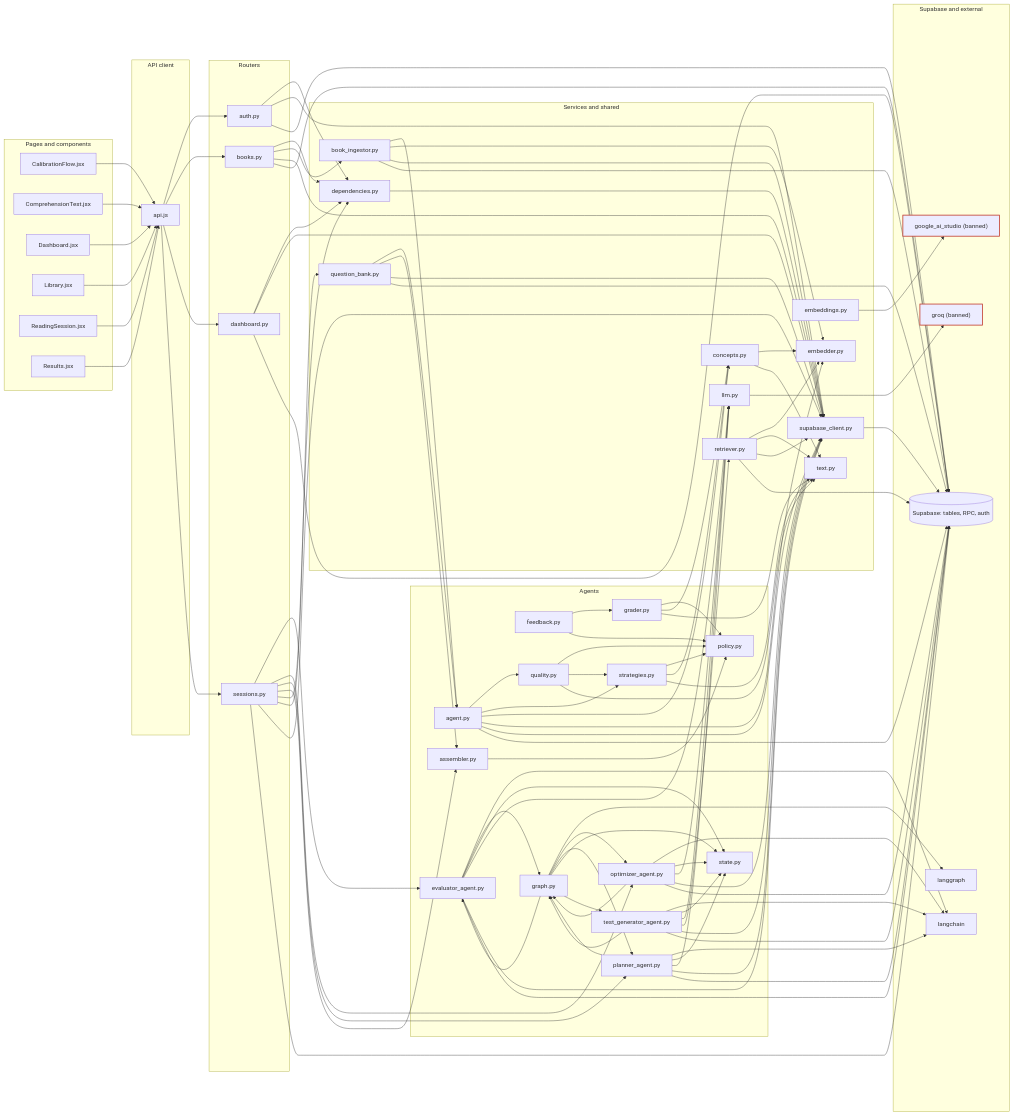
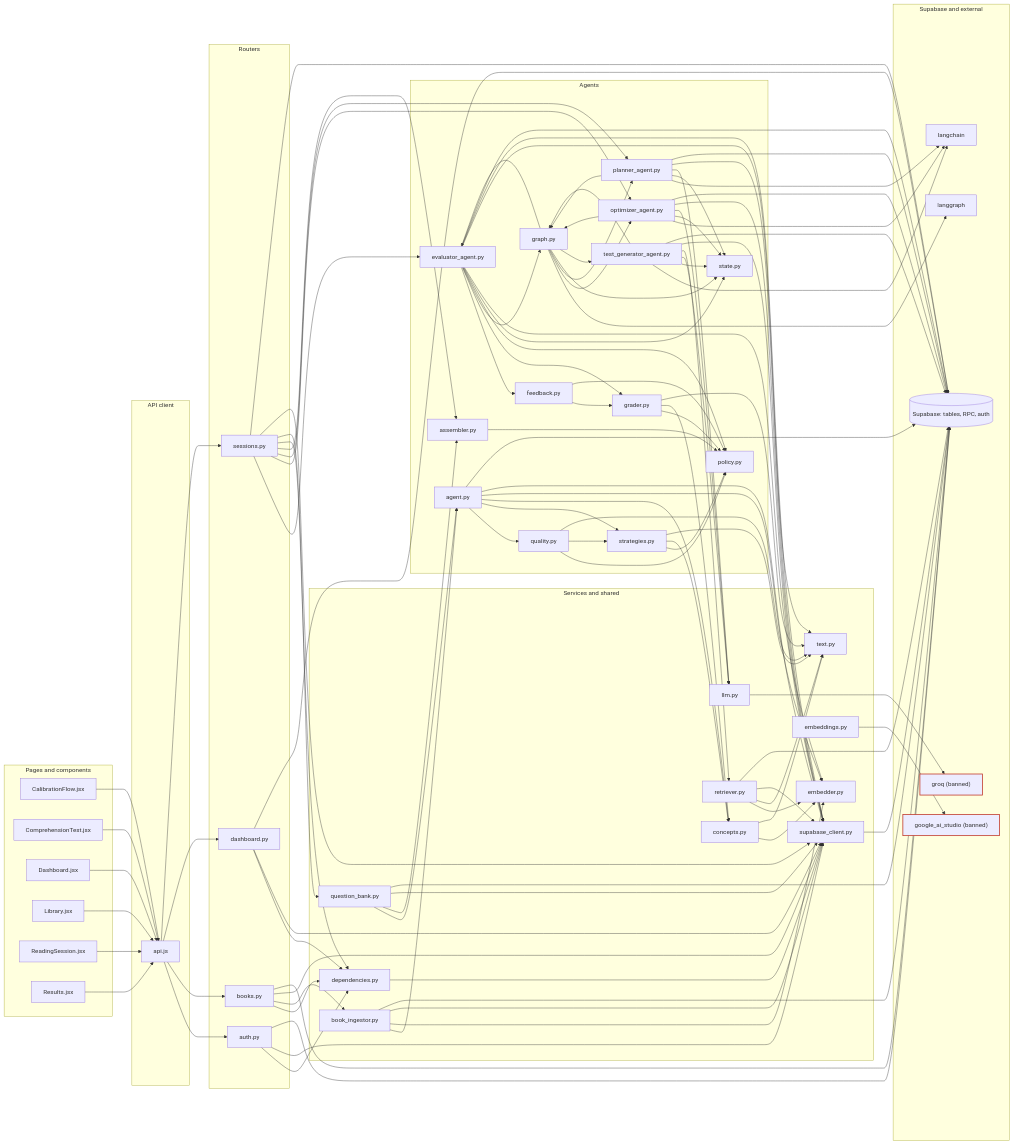
The first of 2 diagrams in docs/repo-graph/REPO_MAP.md (asparagusD/readfocus), drawn with Mermaid before and after one commit. The commit also changed other lines of this file and 12 other files, not shown here.

First line of the commit message:
refactor(api): grade answers inline with local evaluation agent

```diff
--- a/docs/repo-graph/REPO_MAP.md
+++ b/docs/repo-graph/REPO_MAP.md
@@ -68,10 +68,13 @@
   file_backend_agents_evaluation_grader_py --> file_backend_agents_policy_py
   file_backend_agents_evaluation_grader_py --> file_backend_nlp_concepts_py
   file_backend_agents_evaluation_grader_py --> file_backend_nlp_text_py
-  file_backend_agents_evaluator_agent_py --> external_langchain
+  file_backend_agents_evaluator_agent_py --> file_backend_agents_evaluation_feedback_py
+  file_backend_agents_evaluator_agent_py --> file_backend_agents_evaluation_grader_py
   file_backend_agents_evaluator_agent_py --> file_backend_agents_graph_py
+  file_backend_agents_evaluator_agent_py --> file_backend_agents_policy_py
   file_backend_agents_evaluator_agent_py --> file_backend_agents_state_py
-  file_backend_agents_evaluator_agent_py --> file_backend_services_llm_py
+  file_backend_agents_evaluator_agent_py --> file_backend_nlp_embedder_py
+  file_backend_agents_evaluator_agent_py --> file_backend_nlp_text_py
   file_backend_agents_evaluator_agent_py --> file_backend_services_supabase_client_py
   file_backend_agents_evaluator_agent_py --> supabase
   file_backend_agents_graph_py --> external_langgraph
```
